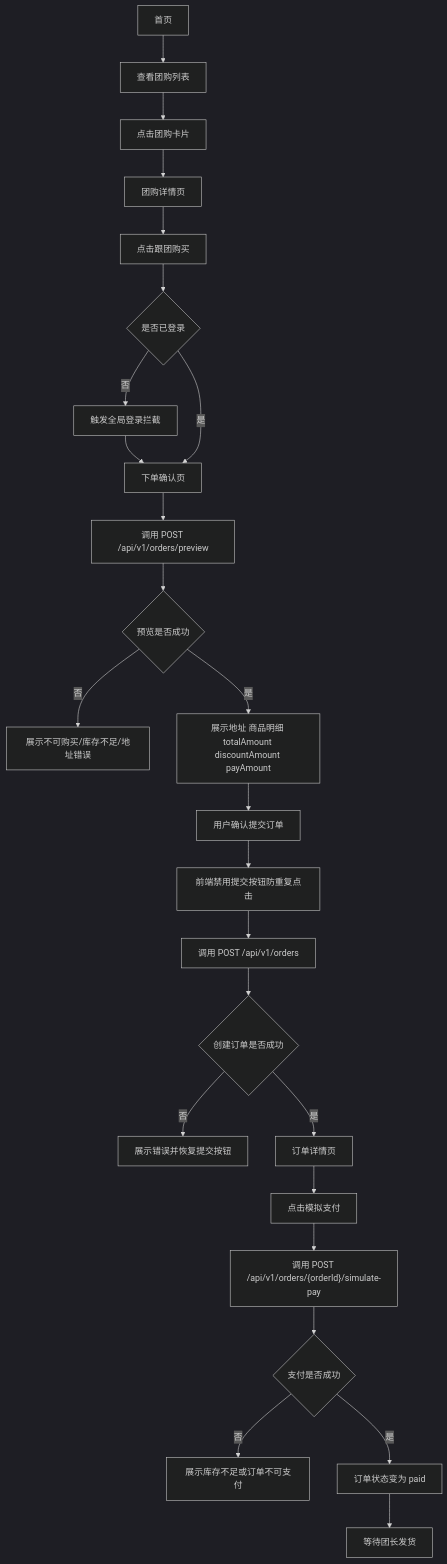
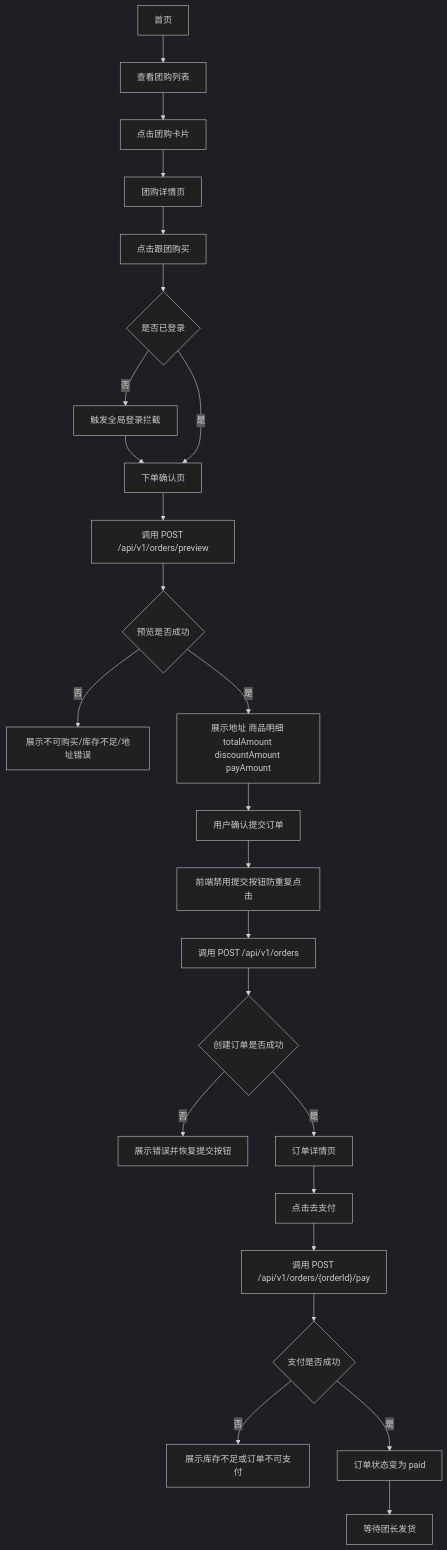
Before and after one commit to Zesuy/social-group-buying-platform: the second of 10 diagrams in docs/页面与交互文档.md, drawn with Mermaid (dark theme). The commit also changed other lines of this file and 60 other files, not shown here.

Commit message:
feat: add sandbox alipay payment flow

````diff
--- a/docs/页面与交互文档.md
+++ b/docs/页面与交互文档.md
@@ -93,27 +93,27 @@
 ```mermaid
 flowchart TD
     A[首页] --> B[查看团购列表]
     B --> C[点击团购卡片]
     C --> D[团购详情页]
     D --> H[点击跟团购买]
     H --> E{是否已登录}
     E -- 否 --> F[触发全局登录拦截]
     F --> I[下单确认页]
     E -- 是 --> I[下单确认页]
     I --> J[调用 POST /api/v1/orders/preview]
     J --> K{预览是否成功}
     K -- 否 --> L[展示不可购买/库存不足/地址错误]
     K -- 是 --> M[展示地址 商品明细 totalAmount discountAmount payAmount]
     M --> N[用户确认提交订单]
     N --> O[前端禁用提交按钮防重复点击]
     O --> P[调用 POST /api/v1/orders]
     P --> Q{创建订单是否成功}
     Q -- 否 --> R[展示错误并恢复提交按钮]
     Q -- 是 --> S[订单详情页]
-    S --> T[点击模拟支付]
-    T --> U["调用 POST /api/v1/orders/{orderId}/simulate-pay"]
+    S --> T[点击去支付]
+    T --> U["调用 POST /api/v1/orders/{orderId}/pay"]
     U --> V{支付是否成功}
     V -- 否 --> W[展示库存不足或订单不可支付]
     V -- 是 --> X[订单状态变为 paid]
     X --> Y[等待团长发货]
 ```
````
